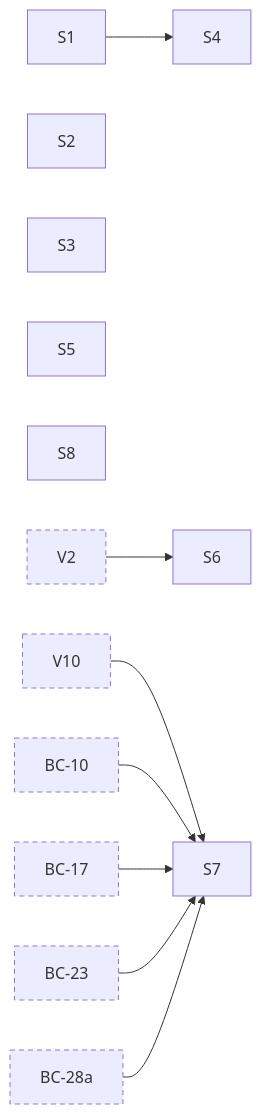
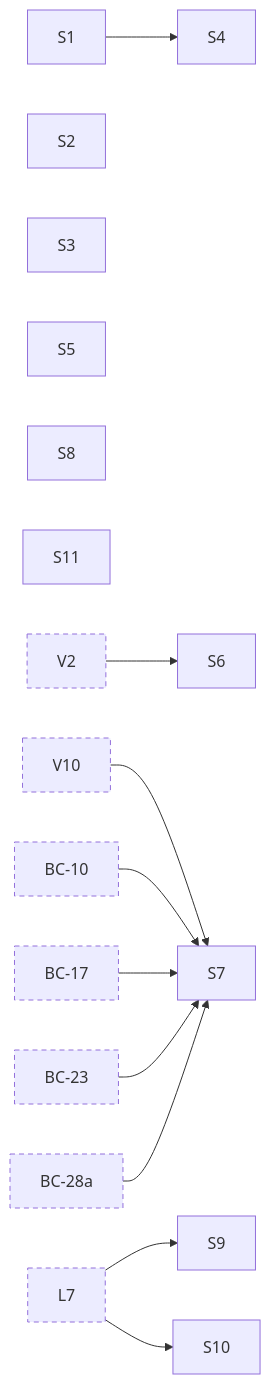
Before and after one commit to jhoblitt/rgw-go: the second of 11 diagrams in docs/superpowers/plans/2026-10-13-phase-2/dependencies.md, drawn with Mermaid. The commit also changed other lines of this file and 1 other file, not shown here.

Commit message:
docs(plan): add shared tasks S9 to S11 from L7's adversarial review
S9 gives a Deny statement's condition Amazon S3's answer where
radosgw's evaluation and AWS's differ toward refusing: a negated
operator on a key the request context lacks, and Squid's Null, which
ignores its values. S10 matches a Deny's condition key names without
regard to case, as AWS documents them. An Allow keeps radosgw's
evaluation in both until the owner decides, as with S8. Both wait for
L7, whose registry entries they update.

S11 bounds an XML request body's element count and depth, since a
body at rgw_max_put_param_size costs many times its size to parse and
two ops read such a body before refusing its sender.

````diff
--- a/docs/superpowers/plans/2026-10-13-phase-2/dependencies.md
+++ b/docs/superpowers/plans/2026-10-13-phase-2/dependencies.md
@@ -54,39 +55,49 @@
 ```mermaid
 flowchart LR
   t_S1["S1"]
   t_S2["S2"]
   t_S3["S3"]
   t_S4["S4"]
   t_S5["S5"]
   t_S6["S6"]
   t_S7["S7"]
   t_S8["S8"]
+  t_S9["S9"]
+  t_S10["S10"]
+  t_S11["S11"]
   t_V2["V2"]:::ext
   t_V10["V10"]:::ext
   t_BC_10["BC-10"]:::ext
   t_BC_17["BC-17"]:::ext
   t_BC_23["BC-23"]:::ext
   t_BC_28a["BC-28a"]:::ext
+  t_L7["L7"]:::ext
   t_S1 --> t_S4
   t_V2 --> t_S6
   t_V10 --> t_S7
   t_BC_10 --> t_S7
   t_BC_17 --> t_S7
   t_BC_23 --> t_S7
   t_BC_28a --> t_S7
+  t_L7 --> t_S9
+  t_L7 --> t_S10
   click t_S1 href "https://github.com/jhoblitt/rgw-go/blob/main/docs/superpowers/plans/2026-10-13-phase-2/00-index.md#task-s1-fakeradoss-rgw-class-as-method-tables" "S1: fakerados's rgw class as method tables"
   click t_S2 href "https://github.com/jhoblitt/rgw-go/blob/main/docs/superpowers/plans/2026-10-13-phase-2/00-index.md#task-s2-route-sets-per-feature-and-the-env-slots" "S2: route sets per feature and the Env slots"
   click t_S3 href "https://github.com/jhoblitt/rgw-go/blob/main/docs/superpowers/plans/2026-10-13-phase-2/00-index.md#task-s3-one-aws-correct-ispublic" "S3: one AWS-correct IsPublic"
   click t_S4 href "https://github.com/jhoblitt/rgw-go/blob/main/docs/superpowers/plans/2026-10-13-phase-2/00-index.md#task-s4-fakerados-refuses-an-unregistered-class-method-at-op-setup" "S4: fakerados refuses an unregistered class method at op setup"
   click t_S5 href "https://github.com/jhoblitt/rgw-go/blob/main/docs/superpowers/plans/2026-10-13-phase-2/00-index.md#task-s5-ignorepublicacls-ignores-swifts-public-container-grants" "S5: IgnorePublicAcls ignores Swift's public container grants"
   click t_S6 href "https://github.com/jhoblitt/rgw-go/blob/main/docs/superpowers/plans/2026-10-13-phase-2/00-index.md#task-s6-one-choose_from" "S6: one choose_from"
   click t_S7 href "https://github.com/jhoblitt/rgw-go/blob/main/docs/superpowers/plans/2026-10-13-phase-2/00-index.md#task-s7-one-schema-scanner-for-s3-xml-request-bodies" "S7: one schema scanner for S3 XML request bodies"
   click t_S8 href "https://github.com/jhoblitt/rgw-go/blob/main/docs/superpowers/plans/2026-10-13-phase-2/00-index.md#task-s8-a-deny-that-names-notaction-refuses-every-action-it-does-not-name" "S8: a Deny that names NotAction refuses every action it does not name"
+  click t_S9 href "https://github.com/jhoblitt/rgw-go/blob/main/docs/superpowers/plans/2026-10-13-phase-2/00-index.md#task-s9-a-denys-condition-holds-where-amazon-s3s-or-radosgws-evaluation-holds" "S9: a Deny's condition holds where Amazon S3's or radosgw's evaluation holds"
+  click t_S10 href "https://github.com/jhoblitt/rgw-go/blob/main/docs/superpowers/plans/2026-10-13-phase-2/00-index.md#task-s10-a-denys-condition-key-names-match-without-regard-to-case" "S10: a Deny's condition key names match without regard to case"
+  click t_S11 href "https://github.com/jhoblitt/rgw-go/blob/main/docs/superpowers/plans/2026-10-13-phase-2/00-index.md#task-s11-a-bound-on-an-xml-request-bodys-elements-and-depth" "S11: a bound on an XML request body's elements and depth"
   click t_V2 href "https://github.com/jhoblitt/rgw-go/blob/main/docs/superpowers/plans/2026-10-13-phase-2/V-versioning.md#task-v2-meta-olh-head-types-and-bucket-helpers" "V2: meta OLH head types and bucket helpers"
   click t_V10 href "https://github.com/jhoblitt/rgw-go/blob/main/docs/superpowers/plans/2026-10-13-phase-2/V-versioning.md#task-v10-op-and-s3-putbucketversioning-and-getbucketversioning" "V10: op and s3, PutBucketVersioning and GetBucketVersioning"
   click t_BC_10 href "https://github.com/jhoblitt/rgw-go/blob/main/docs/superpowers/plans/2026-10-13-phase-2/B-bucket-config.md#task-bc-10-website-semantics-and-xml" "BC-10: Website semantics and XML"
   click t_BC_17 href "https://github.com/jhoblitt/rgw-go/blob/main/docs/superpowers/plans/2026-10-13-phase-2/B-bucket-config.md#task-bc-17-block-xml" "BC-17: Block XML"
   click t_BC_23 href "https://github.com/jhoblitt/rgw-go/blob/main/docs/superpowers/plans/2026-10-13-phase-2/B-bucket-config.md#task-bc-23-encryption-configuration-type" "BC-23: Encryption configuration type"
   click t_BC_28a href "https://github.com/jhoblitt/rgw-go/blob/main/docs/superpowers/plans/2026-10-13-phase-2/B-bucket-config.md#task-bc-28a-ownership-type" "BC-28a: Ownership type"
+  click t_L7 href "https://github.com/jhoblitt/rgw-go/blob/main/docs/superpowers/plans/2026-10-13-phase-2/L-object-lock.md#task-l7-a-policys-object-lock-condition-keys-constrain-the-lock-a-request-sets" "L7: a policy's object-lock condition keys constrain the lock a request sets"
   classDef ext stroke-dasharray: 5 4
 ```
````
